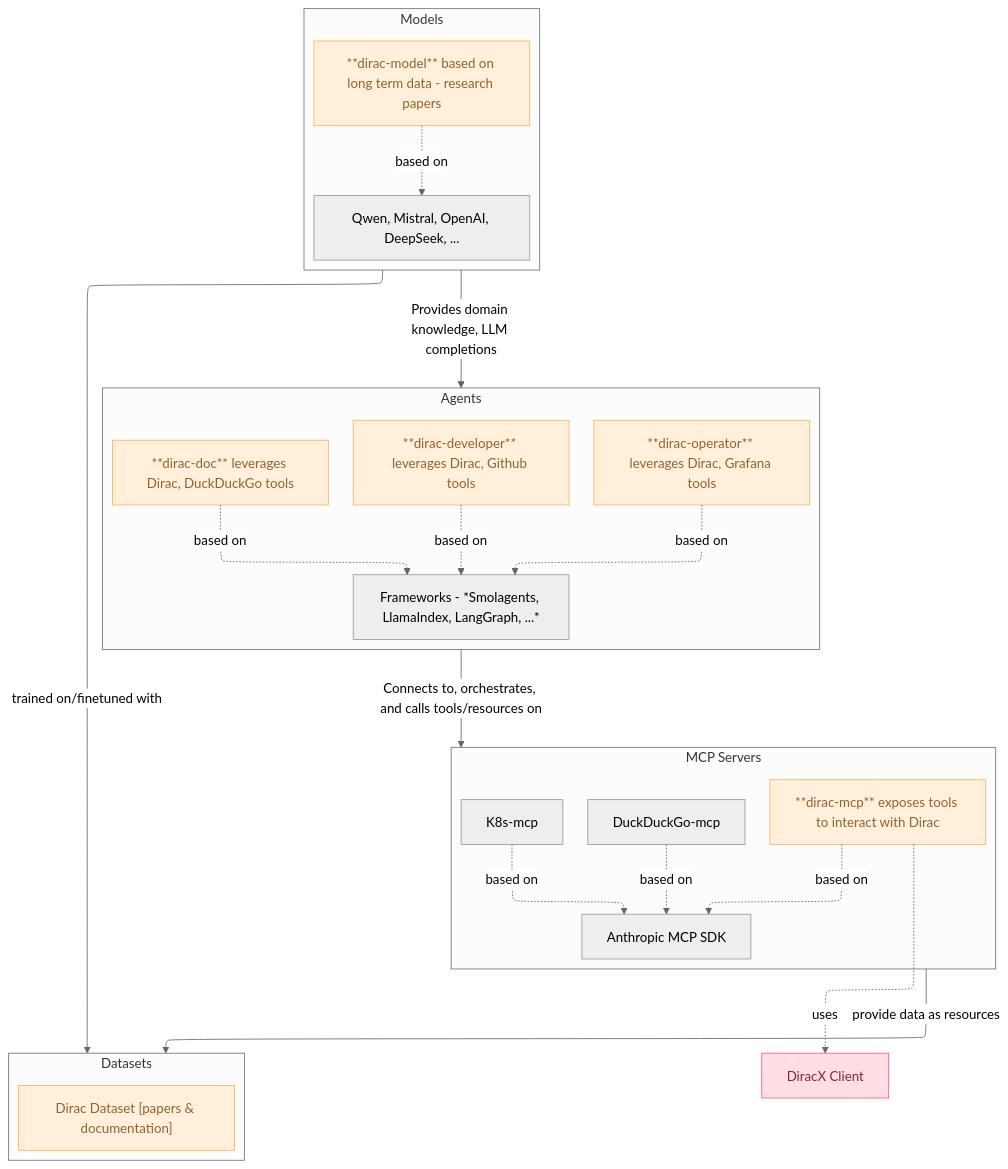
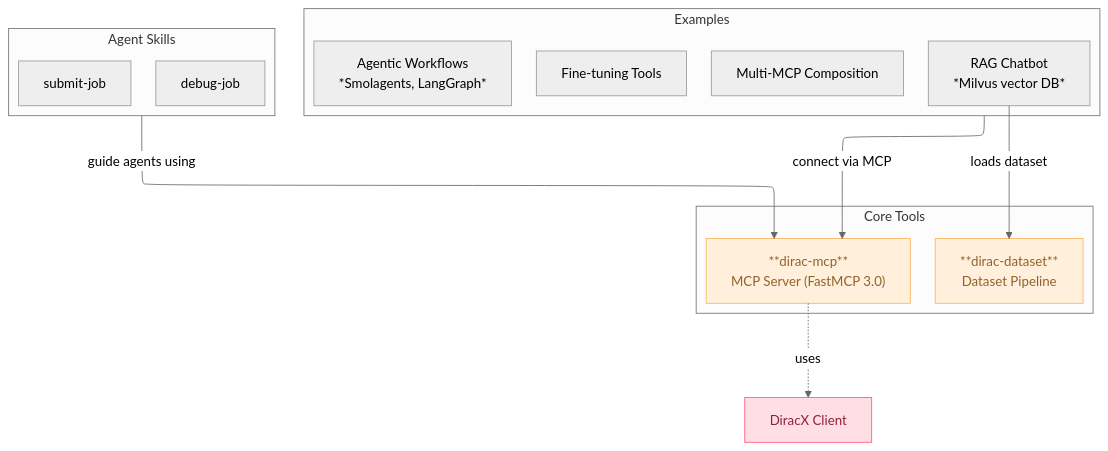
The diagram in README.md (aldbr/dirac-agentic), drawn with Mermaid (neutral theme) before and after one commit. The commit also changed other lines of this file and 73 other files, not shown here.

````diff
--- a/README.md
+++ b/README.md
@@ -15,48 +24,30 @@
 ```mermaid
 ---
 config:
   layout: elk
 ---
 flowchart TD
- subgraph Models["Models"]
-        any-model["Qwen, Mistral, OpenAI, DeepSeek, ..."]
-        dirac-model["**dirac-model** based on long term data - research papers"]
+ subgraph Core["Core Tools"]
+        dirac-mcp["**dirac-mcp**\nMCP Server (FastMCP 3.0)"]
+        dirac-dataset["**dirac-dataset**\nDataset Pipeline"]
   end
- subgraph Agents["Agents"]
-        frameworks["Frameworks - *Smolagents, LlamaIndex, LangGraph, ...*"]
-        dirac-agent1["**dirac-operator** leverages Dirac, Grafana tools"]
-        dirac-agent2["**dirac-developer** leverages Dirac, Github tools"]
-        dirac-agent3["**dirac-doc** leverages Dirac, DuckDuckGo tools"]
+ subgraph Examples["Examples"]
+        agentic["Agentic Workflows\n*Smolagents, LangGraph*"]
+        rag["RAG Chatbot\n*Milvus vector DB*"]
+        finetuning["Fine-tuning Tools"]
+        multi-mcp["Multi-MCP Composition"]
   end
- subgraph MCP_Servers["MCP Servers"]
-        sdk["Anthropic MCP SDK"]
-        dirac-mcp["**dirac-mcp** exposes tools to interact with Dirac"]
-        k8s-mcp["K8s-mcp"]
-        duckduckgo-mcp["DuckDuckGo-mcp"]
+ subgraph Skills["Agent Skills"]
+        submit-job["submit-job"]
+        debug-job["debug-job"]
   end
- subgraph Datasets["Datasets"]
-        dirac-dataset["Dirac Dataset [papers & documentation]"]
-  end
-    dirac-model -. based on .-> any-model
-    Models -- trained on/finetuned with --> Datasets
-    dirac-agent1 -. based on .-> frameworks
-    dirac-agent2 -. based on .-> frameworks
-    dirac-agent3 -. based on .-> frameworks
-    Models -- Provides domain knowledge, LLM completions --> Agents
-    Agents -- Connects to, orchestrates, and calls tools/resources on --> MCP_Servers
-    MCP_Servers -- provide data as resources --> Datasets
     dirac-mcp -. uses .-> dirac["DiracX Client"]
-    dirac-mcp -. based on .-> sdk
-    duckduckgo-mcp -. based on .-> sdk
-    k8s-mcp -. based on .-> sdk
-     dirac-model:::Peach
-     dirac-agent1:::Peach
-     dirac-agent2:::Peach
-     dirac-agent3:::Peach
+    rag -- loads dataset --> dirac-dataset
+    Examples -- connect via MCP --> dirac-mcp
+    Skills -- guide agents using --> dirac-mcp
      dirac-mcp:::Peach
      dirac-dataset:::Peach
      dirac:::Rose
     classDef Rose stroke-width:1px, stroke-dasharray:none, stroke:#FF5978, fill:#FFDFE5, color:#8E2236
     classDef Peach stroke-width:1px, stroke-dasharray:none, stroke:#FBB35A, fill:#FFEFDB, color:#8F632D
-
 ```
````
